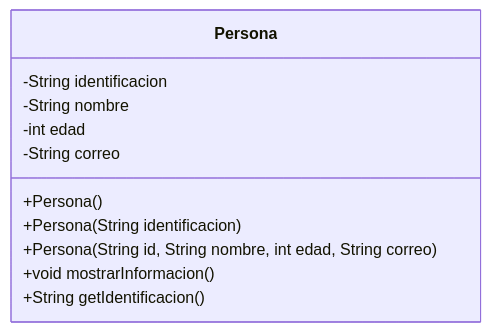
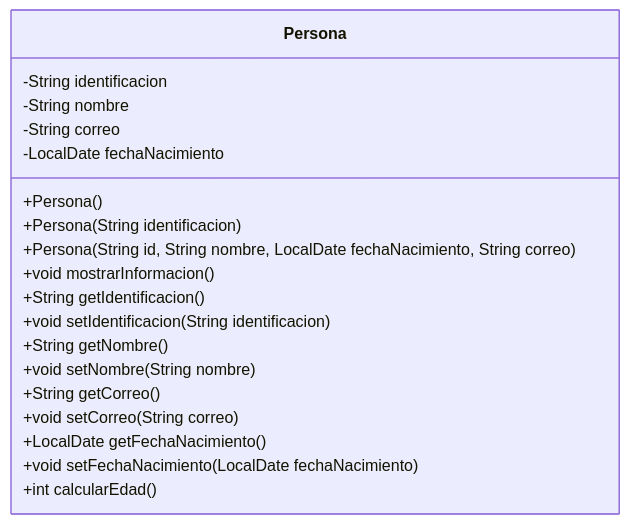
Before and after one commit to uniajc-gperezm/maven-repo-411: the first of 2 diagrams in PERSONA.md, drawn with Mermaid. The commit also changed other lines of this file, not shown here.

Commit message:
<actualiza diagrama de clase Persona

````diff
--- a/PERSONA.md
+++ b/PERSONA.md
@@ -3,14 +3,22 @@
 ```mermaid
 classDiagram
 	class Persona {
 		-String identificacion
 		-String nombre
-		-int edad
 		-String correo
+		-LocalDate fechaNacimiento
 		+Persona()
 		+Persona(String identificacion)
-		+Persona(String id, String nombre, int edad, String correo)
+		+Persona(String id, String nombre, LocalDate fechaNacimiento, String correo)
 		+void mostrarInformacion()
 		+String getIdentificacion()
+		+void setIdentificacion(String identificacion)
+		+String getNombre()
+		+void setNombre(String nombre)
+		+String getCorreo()
+		+void setCorreo(String correo)
+		+LocalDate getFechaNacimiento()
+		+void setFechaNacimiento(LocalDate fechaNacimiento)
+		+int calcularEdad()
 	}
 ```
````
